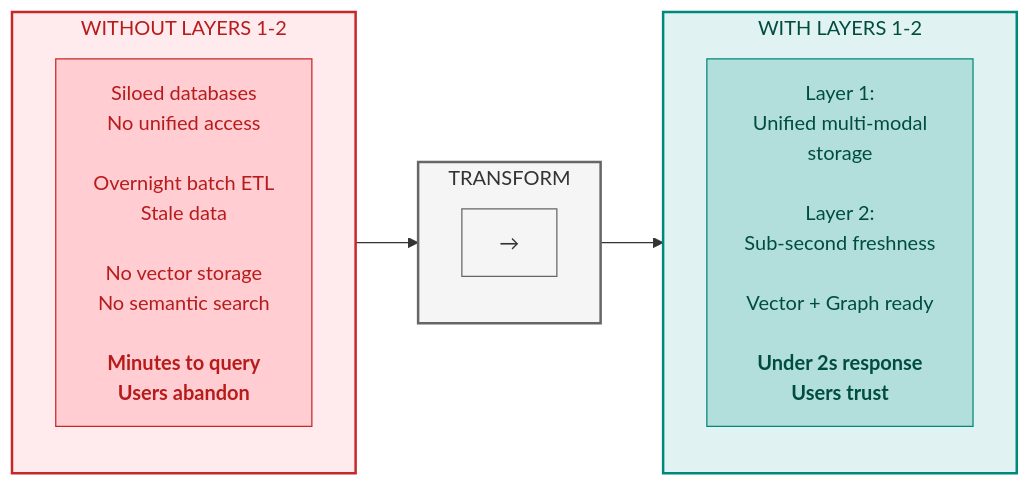
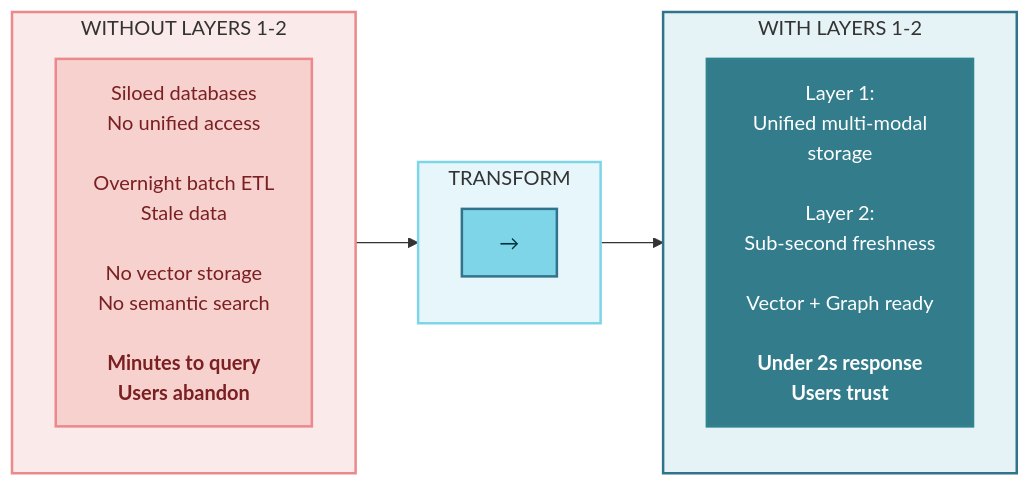
Before and after one commit to saitejesh-cyber/trust-before-intelligence-book: the first of 11 diagrams in manuscript/05_chapter_4_foundation_layers.md, drawn with Mermaid. The commit also changed other lines of this file, not shown here.

Commit message:
Update mermaid diagrams as per new coloberry color and contrast ratio for chapter 5

````diff
--- a/manuscript/05_chapter_4_foundation_layers.md
+++ b/manuscript/05_chapter_4_foundation_layers.md
@@ -8,28 +8,29 @@
 ```mermaid
 
 graph LR
     subgraph WITHOUT["WITHOUT LAYERS 1-2"]
         direction TB
         W1["Siloed databases<br/>No unified access<br/><br/>Overnight batch ETL<br/>Stale data<br/><br/>No vector storage<br/>No semantic search<br/><br/><b>Minutes to query<br/>Users abandon</b>"]
     end
     
     subgraph TRANSFORM["TRANSFORM"]
         direction TB
         T1["→"]
     end
     
     subgraph WITH["WITH LAYERS 1-2"]
         direction TB
         L1["Layer 1:<br/>Unified multi-modal<br/>storage<br/><br/>Layer 2:<br/>Sub-second freshness<br/><br/>Vector + Graph ready<br/><br/><b>Under 2s response<br/>Users trust</b>"]
     end
     
     WITHOUT --> TRANSFORM --> WITH
     
-    style WITHOUT fill:#ffebee,stroke:#c62828,stroke-width:2px,color:#b71c1c
-    style TRANSFORM fill:#f5f5f5,stroke:#666666,stroke-width:2px,color:#333333
-    style WITH fill:#e0f2f1,stroke:#00897b,stroke-width:2px,color:#004d40
-    style W1 fill:#ffcdd2,stroke:#c62828,color:#b71c1c
-    style T1 fill:#f5f5f5,stroke:#666666,color:#333333
-    style L1 fill:#b2dfdb,stroke:#00897b,color:#004d40
+    style WITHOUT fill:#FBEAEA,stroke:#EB898B,stroke-width:2px
+    style W1 fill:#F6D1CE,stroke:#EB898B,stroke-width:2px,color:#7A1F22
+    style TRANSFORM fill:#E6F6FA,stroke:#7FD5E8,stroke-width:2px
+    style T1 fill:#7FD5E8,stroke:#32738C,stroke-width:2px,color:#00323D
+    style WITH fill:#E6F3F6,stroke:#32738C,stroke-width:2px
+    style L1 fill:#327C8C,stroke:#30838C,stroke-width:2px,color:#ffffff
+
 
 ```
````
